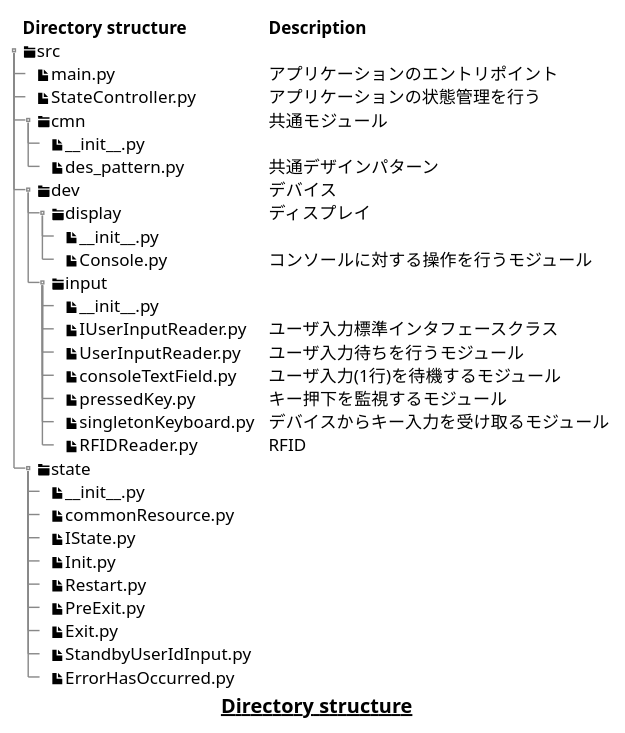
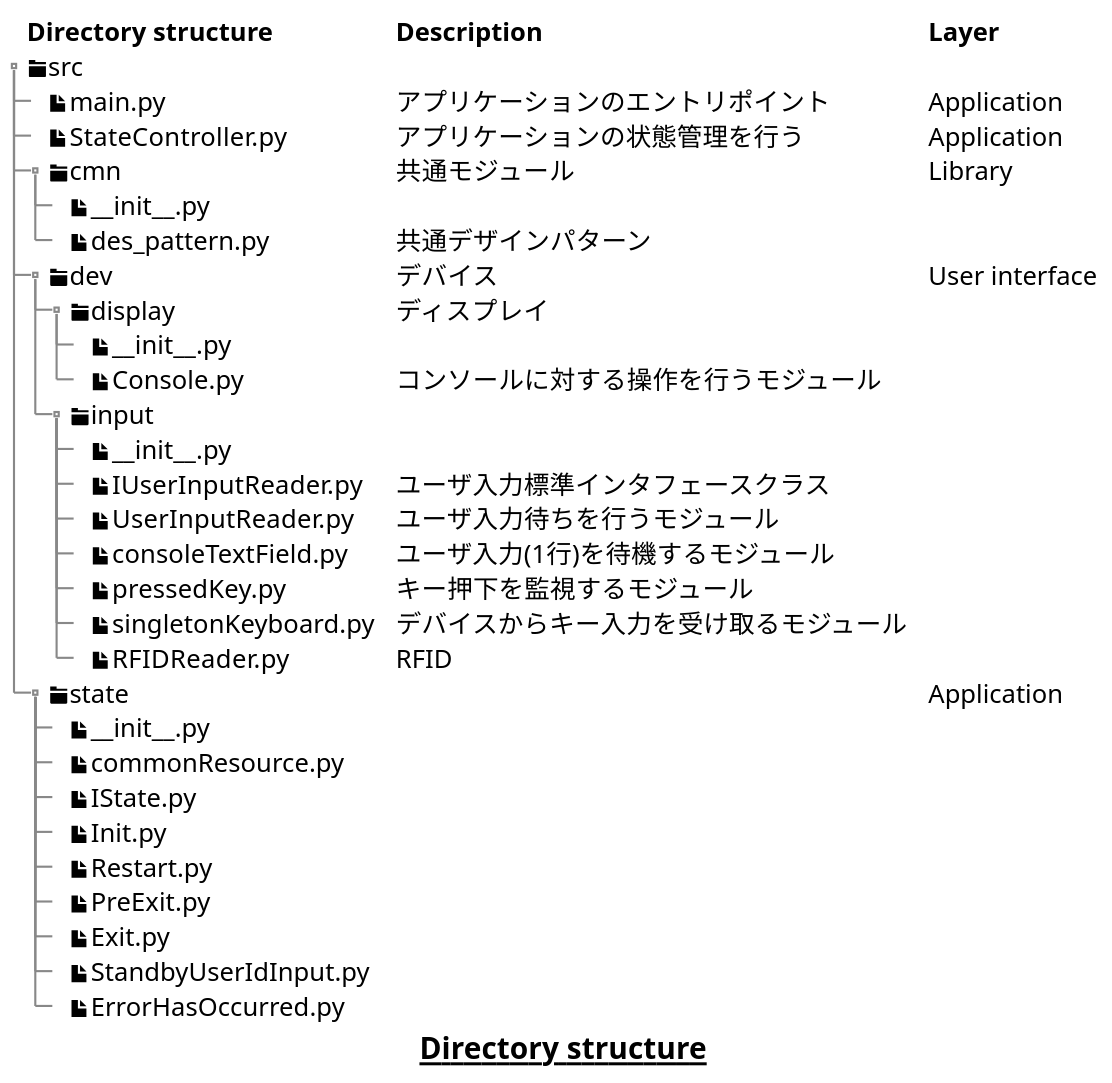
Before and after one commit to A-Yasue/EquipmentBookingSystem: the first of 6 diagrams in doc/design.md, drawn with PlantUML. The commit also changed other lines of this file and 1 other file, not shown here.

````diff
--- a/doc/design.md
+++ b/doc/design.md
@@ -21,37 +55,38 @@
 ```plantuml
+scale 1.5
 salt
 {
     {T
-        **Directory structure**                             | **Description**
+        **Directory structure**                             | **Description**                       | **Layer**
          <&folder>src                                       | .
-        + <&file>main.py                                    | アプリケーションのエントリポイント
-        + <&file>StateController.py                         | アプリケーションの状態管理を行う
-        + <&folder>cmn                                      | 共通モジュール
+        + <&file>main.py                                    | アプリケーションのエントリポイント       | Application
+        + <&file>StateController.py                         | アプリケーションの状態管理を行う         | Application
+        + <&folder>cmn                                      | 共通モジュール                         | Library
         ++ <&file>~__init__.py                              | .
         ++ <&file>des_pattern.py                            | 共通デザインパターン
-        + <&folder>dev                                      | デバイス
+        + <&folder>dev                                      | デバイス                              | User interface
         ++ <&folder>display                                 | ディスプレイ
         +++ <&file>~__init__.py                             | .
         +++ <&file>Console.py                               | コンソールに対する操作を行うモジュール
         ++ <&folder>input                                   | .
         +++ <&file>~__init__.py                             | .
         +++ <&file>IUserInputReader.py                      | ユーザ入力標準インタフェースクラス
         +++ <&file>UserInputReader.py                       | ユーザ入力待ちを行うモジュール
         +++ <&file>consoleTextField.py                      | ユーザ入力(1行)を待機するモジュール
         +++ <&file>pressedKey.py                            | キー押下を監視するモジュール
         +++ <&file>singletonKeyboard.py                     | デバイスからキー入力を受け取るモジュール
         +++ <&file>RFIDReader.py                            | RFID
-        + <&folder>state                                    | .
+        + <&folder>state                                    | .                                     | Application
         ++ <&file>~__init__.py                              | .
         ++ <&file>commonResource.py                         | .
         ++ <&file>IState.py                                 | .
         ++ <&file>Init.py                                   | .
         ++ <&file>Restart.py                                | .
         ++ <&file>PreExit.py                                | .
         ++ <&file>Exit.py                                   | .
         ++ <&file>StandbyUserIdInput.py                     | .
         ++ <&file>ErrorHasOccurred.py                       | .
     }
 }
 caption **__Directory structure__**
 ```
````
